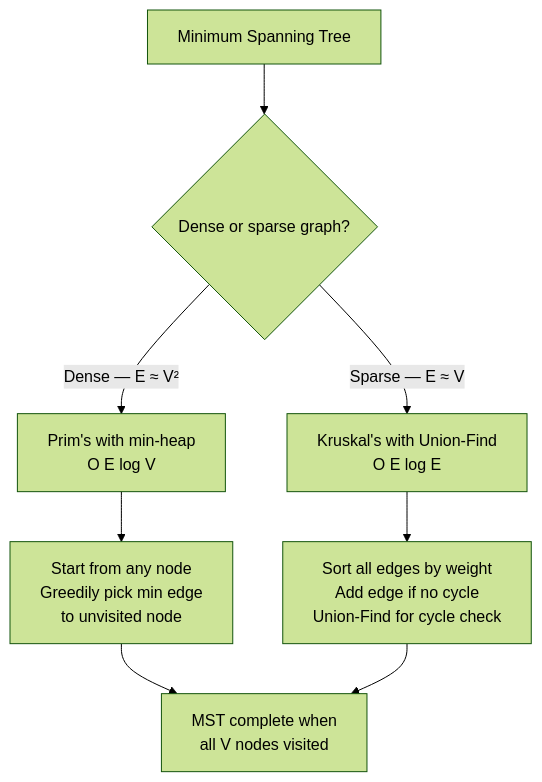
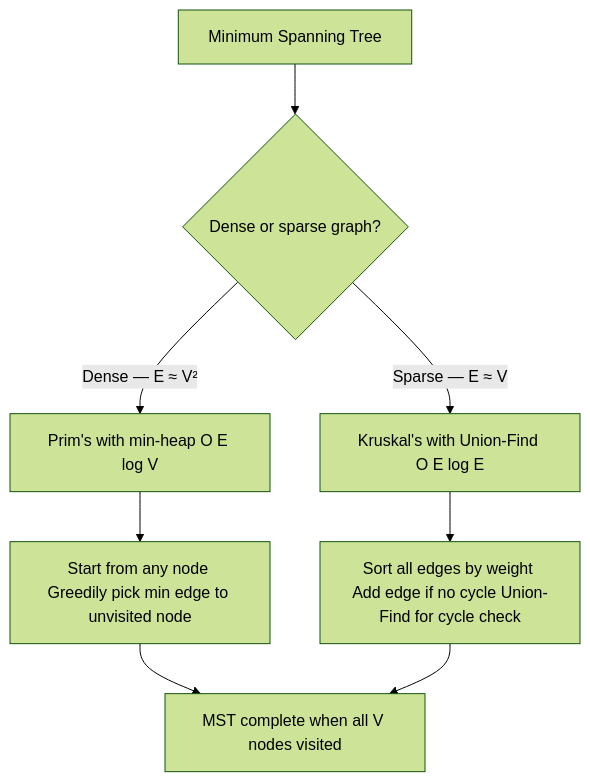
One commit to deepanshu-rawat6/AlgoAtlas changed the third of 6 diagrams in advanced_graphs/README.md. Above: the diagram before and after it, drawn with Mermaid (forest theme). The commit also changed other lines of this file and 13 other files, not shown here.

````diff
--- a/advanced_graphs/README.md
+++ b/advanced_graphs/README.md
@@ -84,10 +84,10 @@
 ```mermaid
 flowchart TD
     A[Minimum Spanning Tree] --> B{"Dense or sparse graph?"}
-    B -->|Dense — E ≈ V²| C[Prim's with min-heap<br>O E log V]
-    B -->|Sparse — E ≈ V| D[Kruskal's with Union-Find<br>O E log E]
-    C --> E[Start from any node<br>Greedily pick min edge<br>to unvisited node]
-    D --> F[Sort all edges by weight<br>Add edge if no cycle<br>Union-Find for cycle check]
-    E --> G[MST complete when<br>all V nodes visited]
+    B -->|Dense — E ≈ V²| C[Prim's with min-heap O E log V]
+    B -->|Sparse — E ≈ V| D[Kruskal's with Union-Find O E log E]
+    C --> E[Start from any node Greedily pick min edge to unvisited node]
+    D --> F[Sort all edges by weight Add edge if no cycle Union-Find for cycle check]
+    E --> G[MST complete when all V nodes visited]
     F --> G
 ```
````
